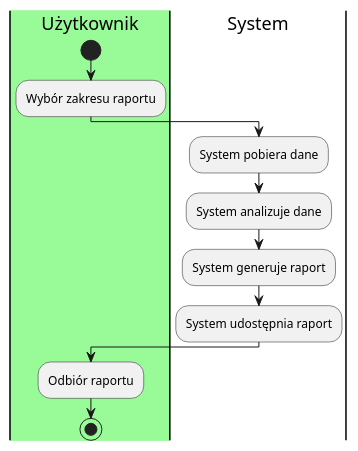
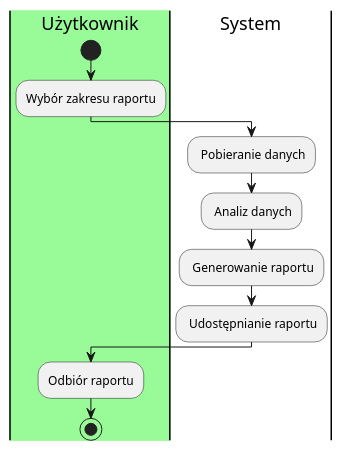
The diagram in dokumentacja/specyfikacja.wymagan/2.opis.biznesu/procesy.biznesowe/procesy/PB0007.puml (aleksanderpiluk/IWO), drawn with PlantUML before and after one commit.

```diff
--- a/dokumentacja/specyfikacja.wymagan/2.opis.biznesu/procesy.biznesowe/procesy/PB0007.puml
+++ b/dokumentacja/specyfikacja.wymagan/2.opis.biznesu/procesy.biznesowe/procesy/PB0007.puml
@@ -1,22 +1,22 @@
 @startuml
 |#palegreen|u|Użytkownik
 |System|
 
 |u|
 start
 :Wybór zakresu raportu;
 
 |System|
-:System pobiera dane;
+: Pobieranie danych;
 
-:System analizuje dane;
+: Analiz danych;
 
-:System generuje raport;
+: Generowanie raportu;
 
-:System udostępnia raport;
+: Udostępnianie raportu;
 
 |u|
 :Odbiór raportu;
 
 stop
 @enduml
```
